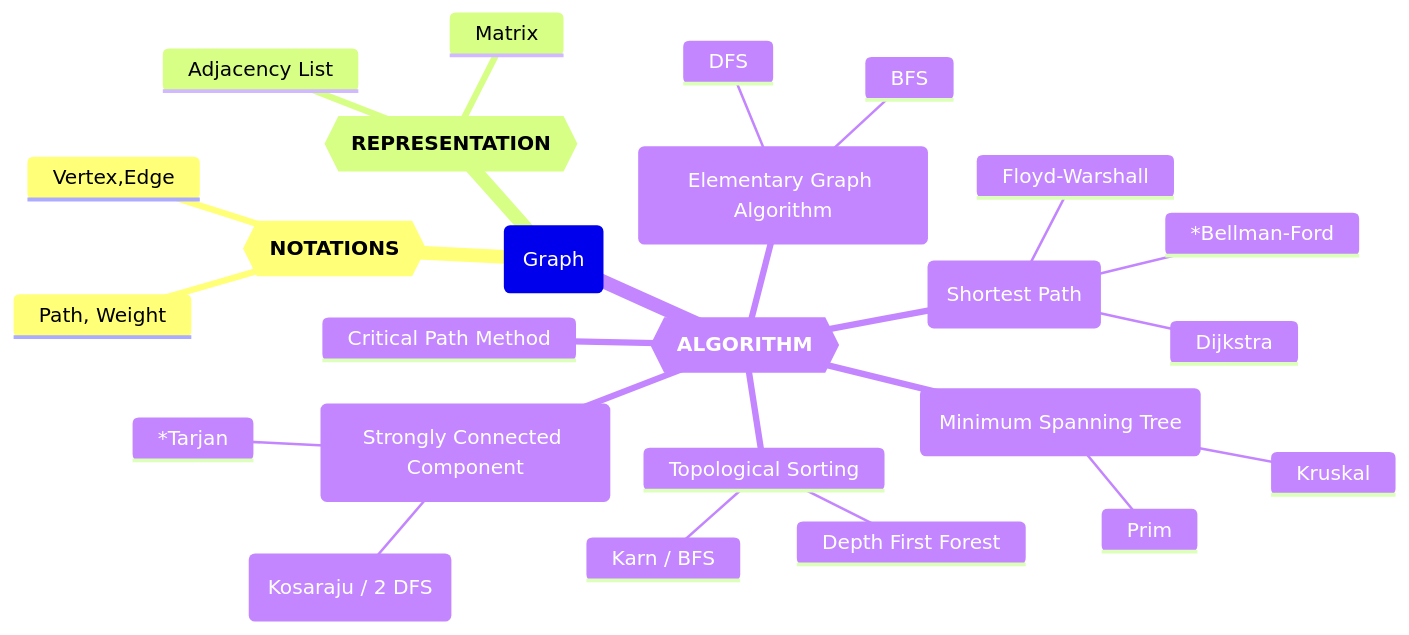
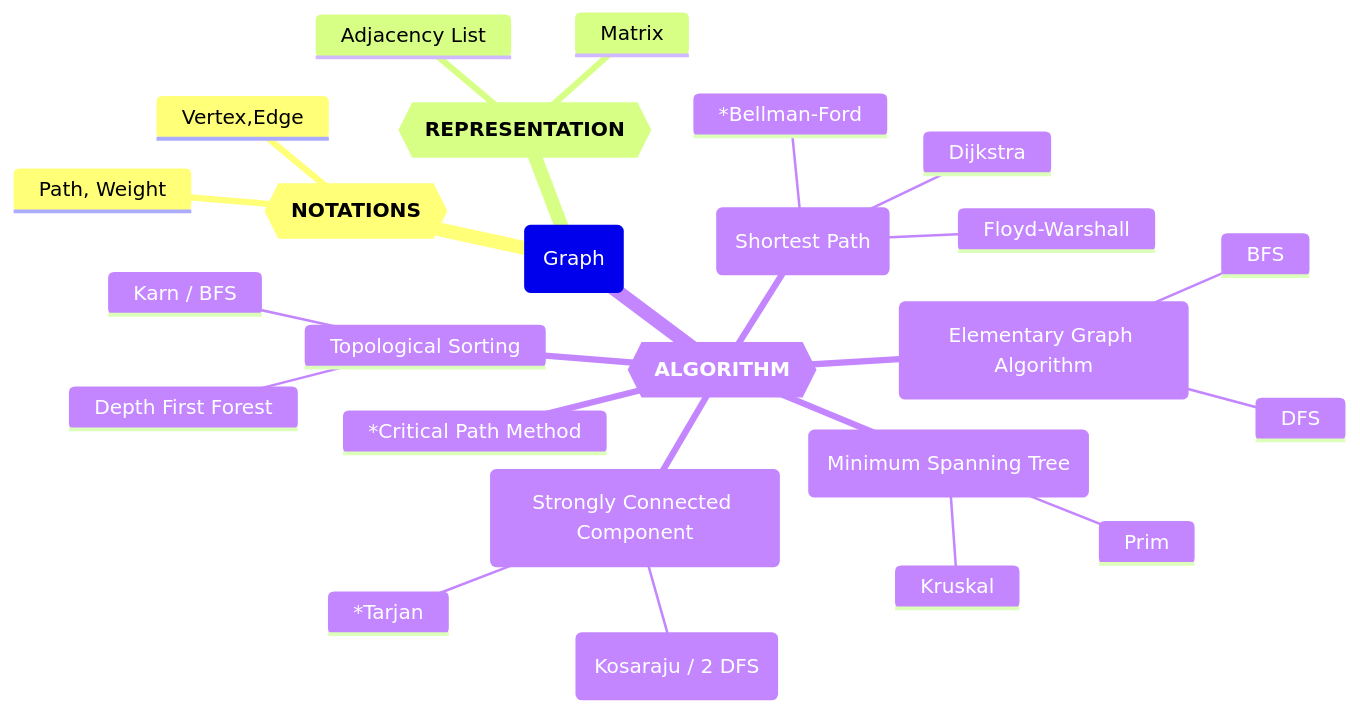
One commit to GMyhf/2025spring-cs201 changed the first of 3 diagrams in 20250421_week10-13_graph.md. Above: the diagram before and after it, drawn with Mermaid. The commit also changed other lines of this file, not shown here.

````diff
--- a/20250421_week10-13_graph.md
+++ b/20250421_week10-13_graph.md
@@ -31,32 +31,32 @@
 ```mermaid
 mindmap
   Graph (Graph)
     Notation{{**NOTATIONS**}}
     	Vertex,Edge
     	Path, Weight
       
     Representation{{**REPRESENTATION**}}
       Matrix
       Adjacency List
       
     Algorithm{{**ALGORITHM**}}
     	Elementary Graph Algorithms(Elementary Graph Algorithm)
     		BFS
     		DFS
     	Shortest Path(Shortest Path)
     		Dijkstra
     		*Bellman-Ford
     		Floyd-Warshall 
     	Topological Sorting
     		Depth First Forest
     		Karn / BFS
-    	Critical Path Method
+    	*Critical Path Method
     	MST(Minimum Spanning Tree)
     		Prim
     		Kruskal
     	SCC(Strongly Connected Component)
     		Kosaraju(Kosaraju / 2 DFS)
     		*Tarjan
       
 
 ```
````
